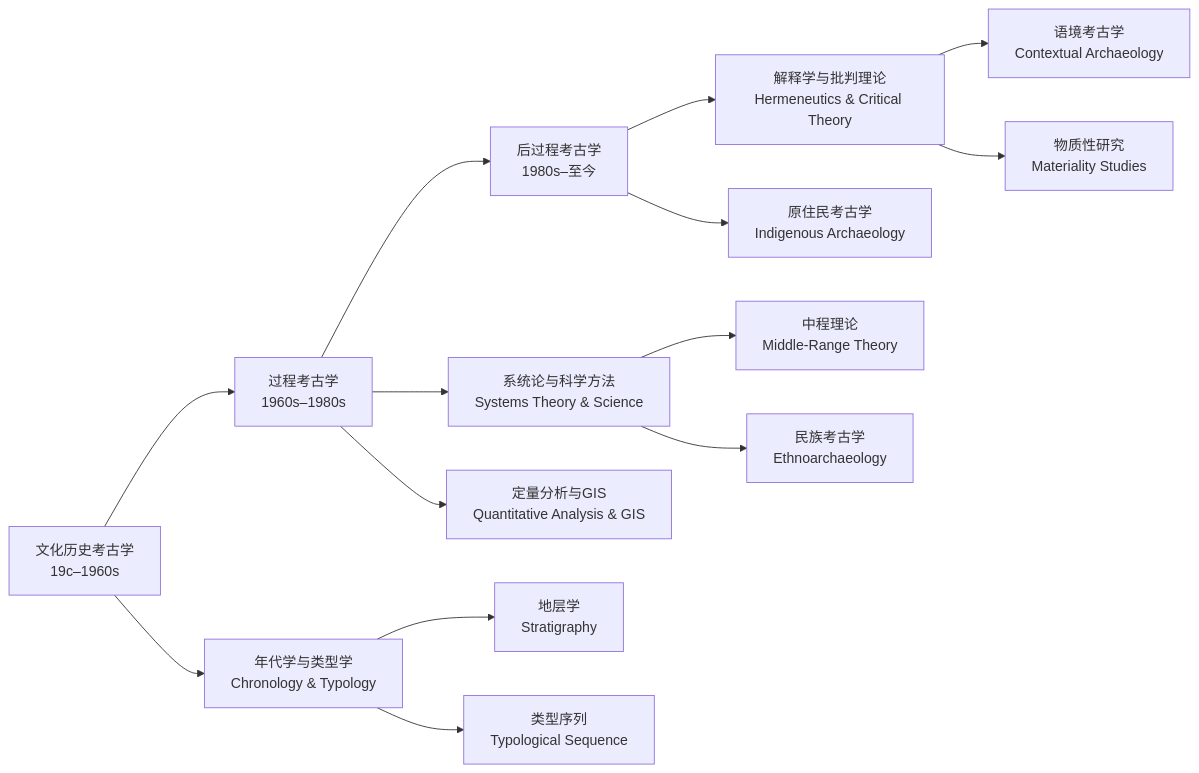
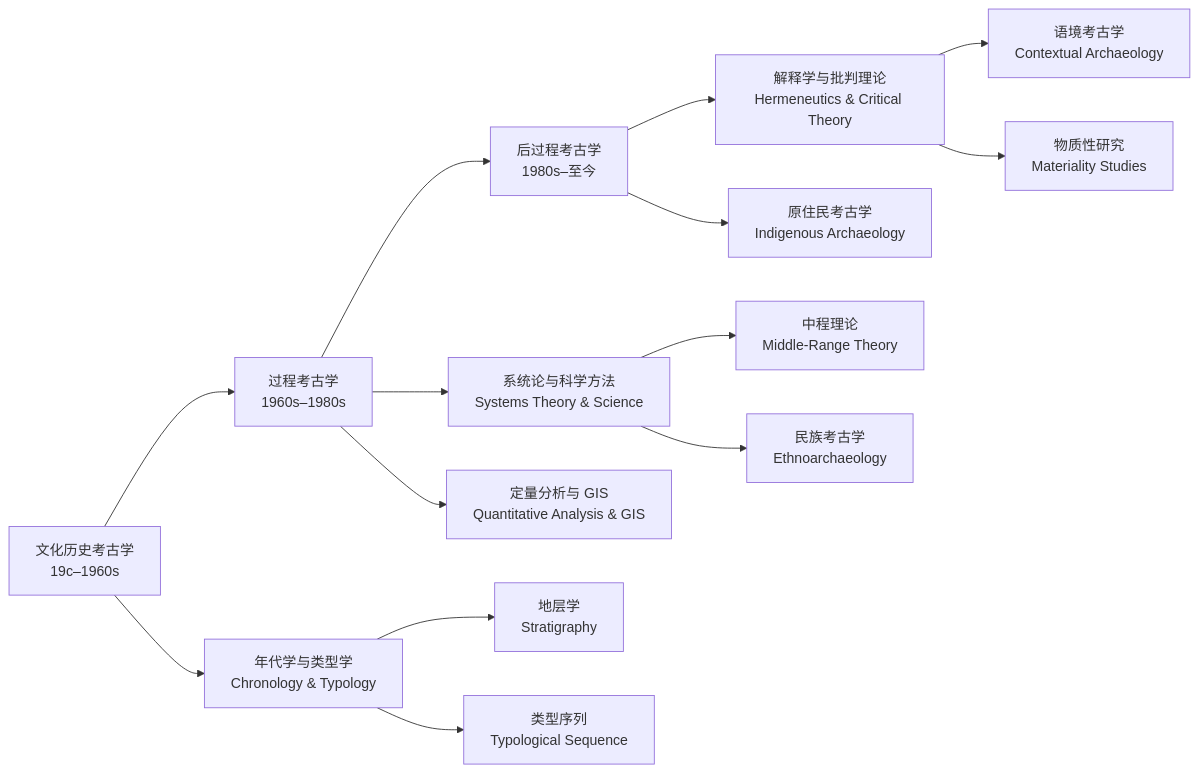
Before and after one commit to Tianshang301/TianshangKnowledgeBase: the diagram in 03_HumanitiesAndSocialSciences/History/Archaeology/ArchaeologicalTheory.md, drawn with Mermaid. The commit also changed other lines of this file and 2257 other files, not shown here.

````diff
--- a/03_HumanitiesAndSocialSciences/History/Archaeology/ArchaeologicalTheory.md
+++ b/03_HumanitiesAndSocialSciences/History/Archaeology/ArchaeologicalTheory.md
@@ -19,16 +21,16 @@
 ```mermaid
 graph LR
     A["文化历史考古学<br/>19c–1960s"] --> B["过程考古学<br/>1960s–1980s"]
     B --> C["后过程考古学<br/>1980s–至今"]
     A --> D["年代学与类型学<br/>Chronology & Typology"]
     B --> E["系统论与科学方法<br/>Systems Theory & Science"]
     C --> F["解释学与批判理论<br/>Hermeneutics & Critical Theory"]
     D --> G["地层学<br/>Stratigraphy"]
     D --> H["类型序列<br/>Typological Sequence"]
     E --> I["中程理论<br/>Middle-Range Theory"]
     E --> J["民族考古学<br/>Ethnoarchaeology"]
     F --> K["语境考古学<br/>Contextual Archaeology"]
     F --> L["物质性研究<br/>Materiality Studies"]
-    B --> M["定量分析与GIS<br/>Quantitative Analysis & GIS"]
+    B --> M["定量分析与 GIS<br/>Quantitative Analysis & GIS"]
     C --> N["原住民考古学<br/>Indigenous Archaeology"]
 ```
````
